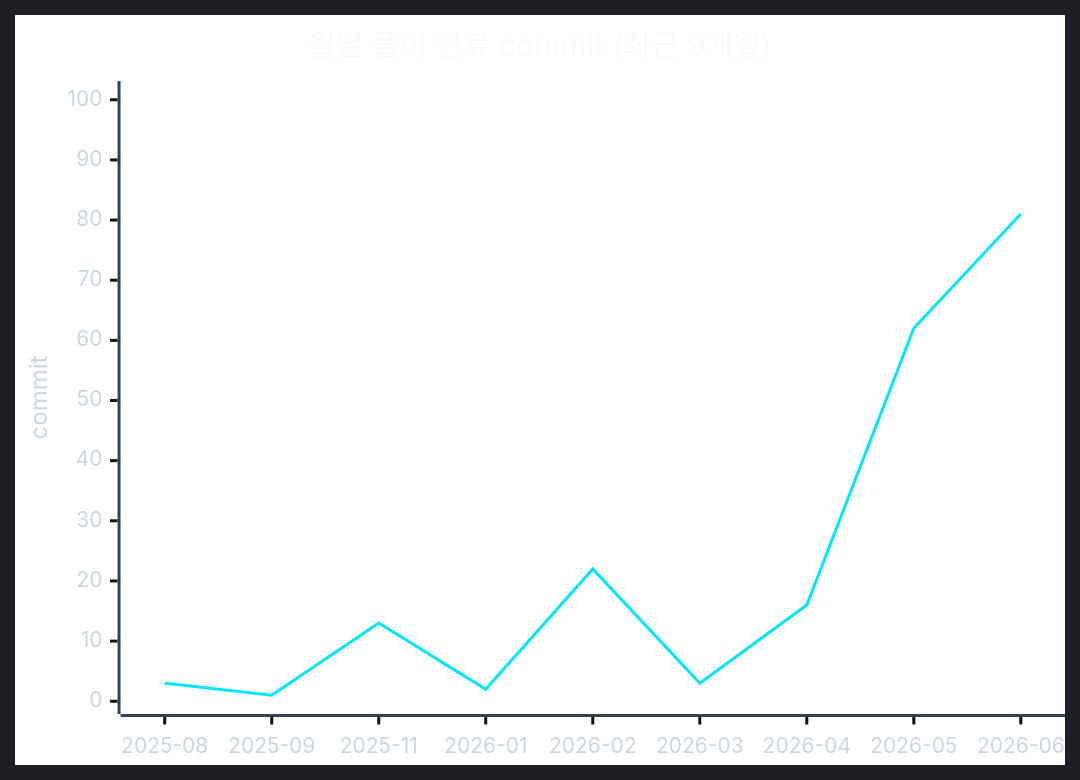
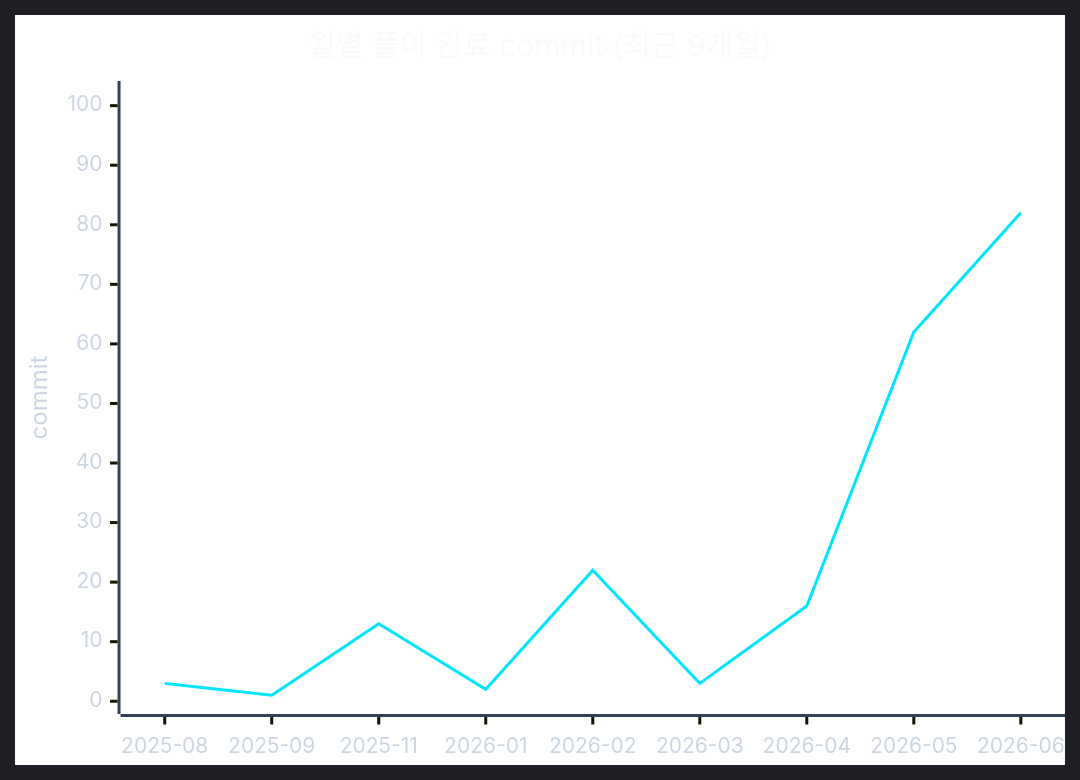
The second of 2 diagrams in readme.md (CHOOSLA/Algorithm), drawn with Mermaid before and after one commit. The commit also changed other lines of this file and 2 other files, not shown here.

````diff
--- a/readme.md
+++ b/readme.md
@@ -71,22 +71,22 @@
 ```mermaid
 ---
 config:
   theme: dark
   themeVariables:
     background: '#0d1117'
     xyChart:
       titleColor: '#f8fafc'
       xAxisLabelColor: '#cbd5e1'
       xAxisTitleColor: '#cbd5e1'
       xAxisLineColor: '#334155'
       yAxisLabelColor: '#cbd5e1'
       yAxisTitleColor: '#cbd5e1'
       yAxisLineColor: '#334155'
       plotColorPalette: '#00e5ff'
 ---
 xychart-beta
   title "월별 풀이 완료 commit (최근 9개월)"
   x-axis ["2025-08", "2025-09", "2025-11", "2026-01", "2026-02", "2026-03", "2026-04", "2026-05", "2026-06"]
-  y-axis "commit" 0 --> 101
-  line [3, 1, 13, 2, 22, 3, 16, 62, 81]
+  y-axis "commit" 0 --> 102
+  line [3, 1, 13, 2, 22, 3, 16, 62, 82]
 ```
````
